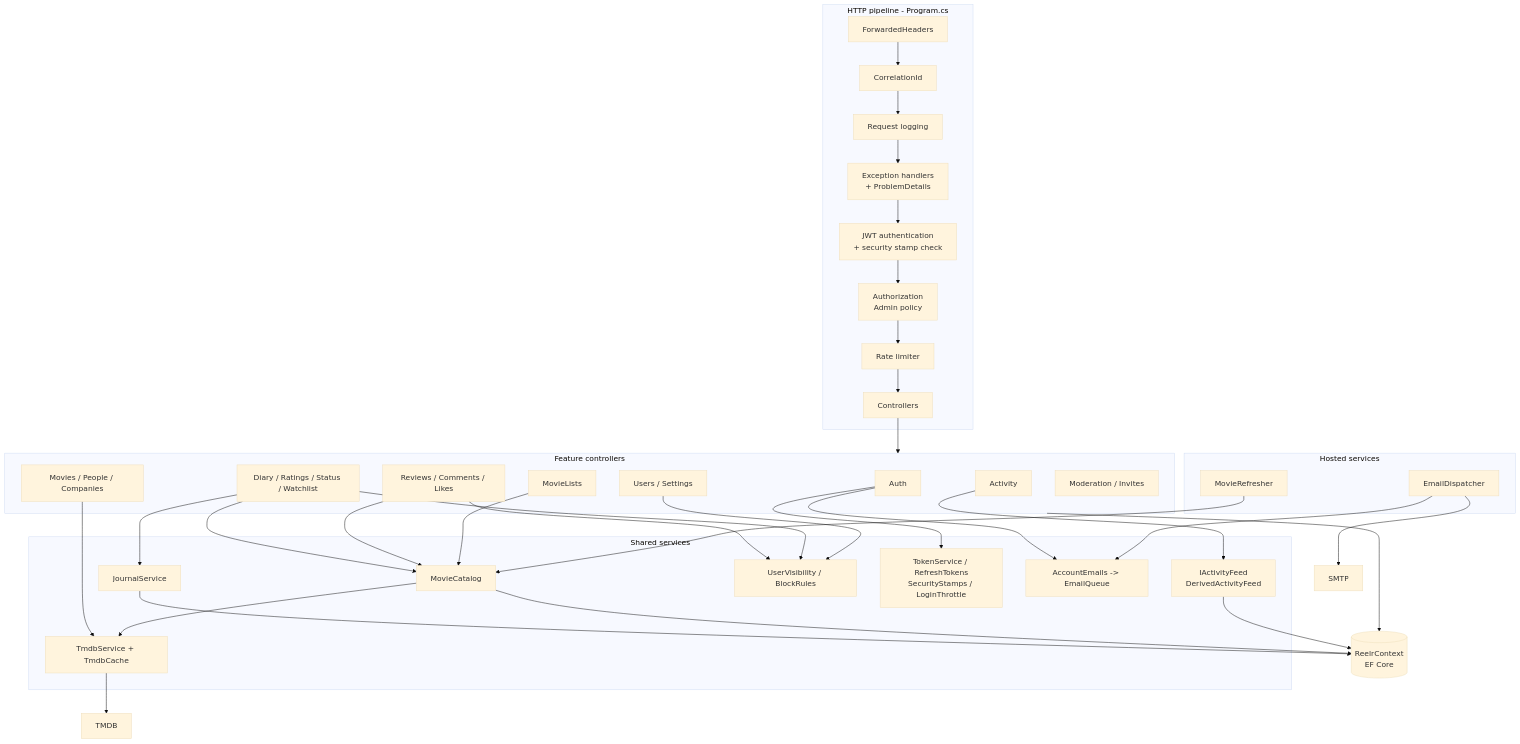
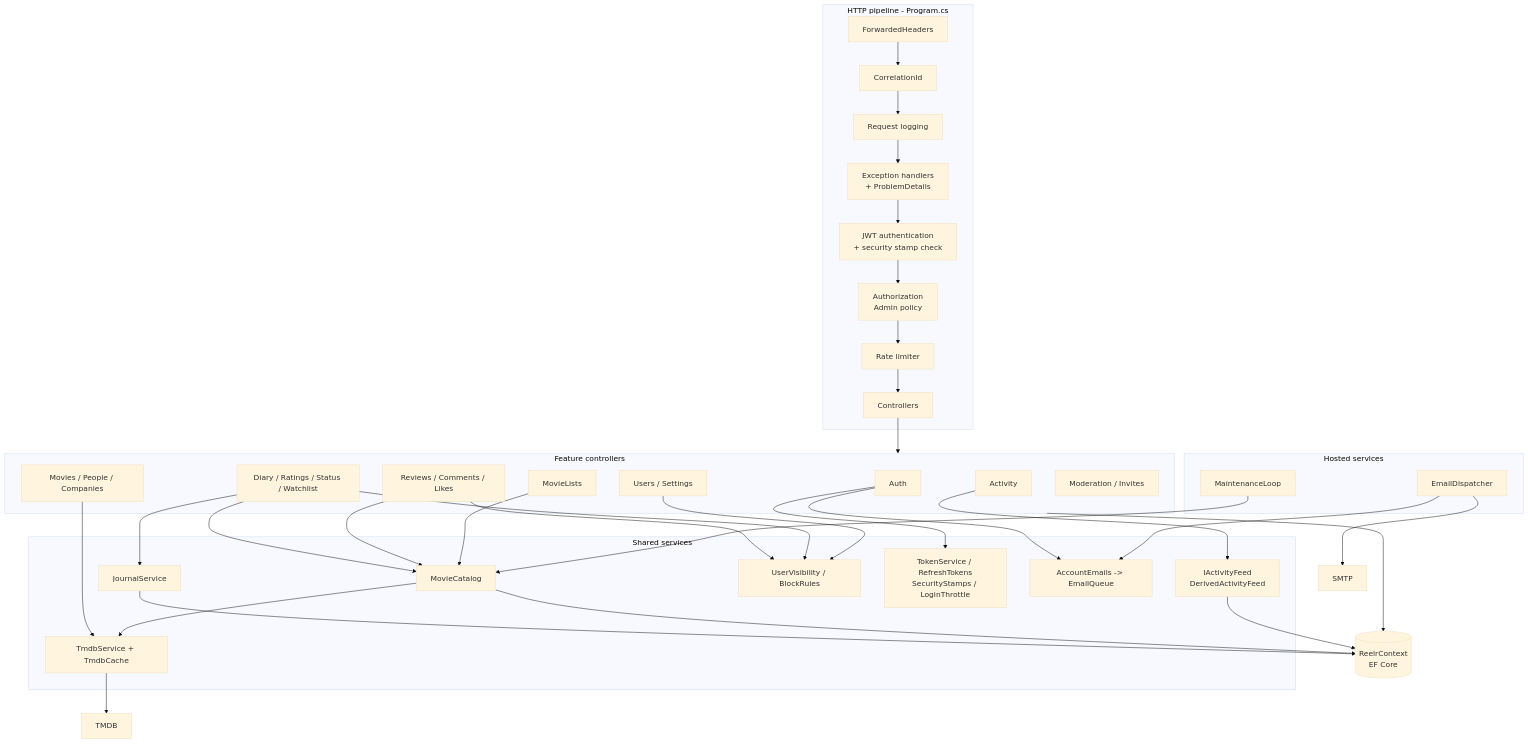
Before and after one commit to thesuperfalcon/Reelr: the second of 4 diagrams in docs/ARCHITECTURE.md, drawn with Mermaid (base theme). The commit also changed other lines of this file and 6 other files, not shown here.

````diff
--- a/docs/ARCHITECTURE.md
+++ b/docs/ARCHITECTURE.md
@@ -70,56 +70,56 @@
 ```mermaid
 flowchart TB
     subgraph pipeline [HTTP pipeline - Program.cs]
         fh[ForwardedHeaders] --> cid[CorrelationId] --> rlog[Request logging] --> exh[Exception handlers<br/>+ ProblemDetails] --> authn[JWT authentication<br/>+ security stamp check] --> authz[Authorization<br/>Admin policy] --> rl[Rate limiter] --> mvc[Controllers]
     end
 
     subgraph features [Feature controllers]
         authc[Auth]
         moviec[Movies / People / Companies]
         journal[Diary / Ratings / Status / Watchlist]
         reviewc[Reviews / Comments / Likes]
         listc[MovieLists]
         userc[Users / Settings]
         feedc[Activity]
         modc[Moderation / Invites]
     end
 
     subgraph services [Shared services]
         js[JournalService]
         mc[MovieCatalog]
         tmdbs[TmdbService + TmdbCache]
         feed[IActivityFeed<br/>DerivedActivityFeed]
         vis[UserVisibility / BlockRules]
         sec[TokenService / RefreshTokens<br/>SecurityStamps / LoginThrottle]
         mail[AccountEmails -> EmailQueue]
     end
 
     subgraph background [Hosted services]
         disp[EmailDispatcher]
-        refr[MovieRefresher]
+        refr[MaintenanceLoop]
     end
 
     ctx[(ReelrContext<br/>EF Core)]
 
     mvc --> features
     authc --> sec
     authc --> mail
     moviec --> tmdbs
     journal --> js
     journal --> mc
     reviewc --> mc
     listc --> mc
     feedc --> feed
     reviewc --> vis
     journal --> vis
     userc --> vis
     mc --> tmdbs
     js --> ctx
     mc --> ctx
     feed --> ctx
     features --> ctx
     disp --> mail
     refr --> mc
     tmdbs --> tmdbapi[TMDB]
     disp --> smtpsrv[SMTP]
 ```
````
